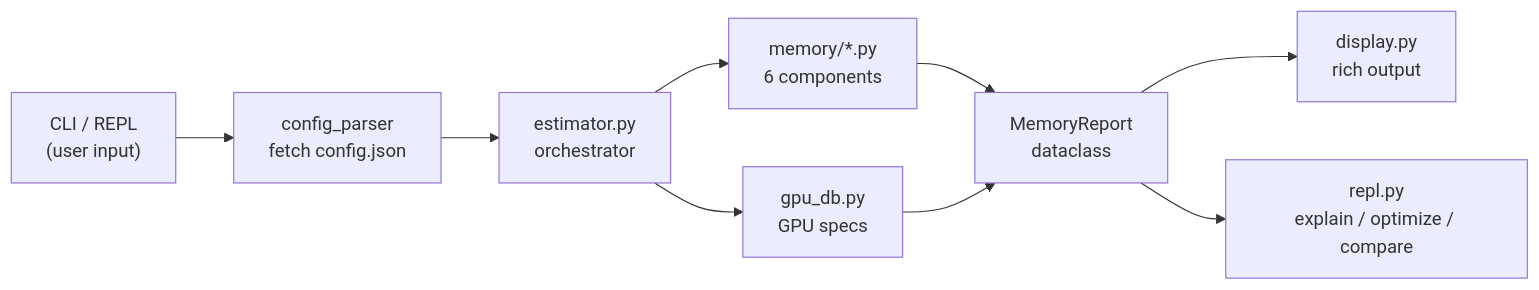
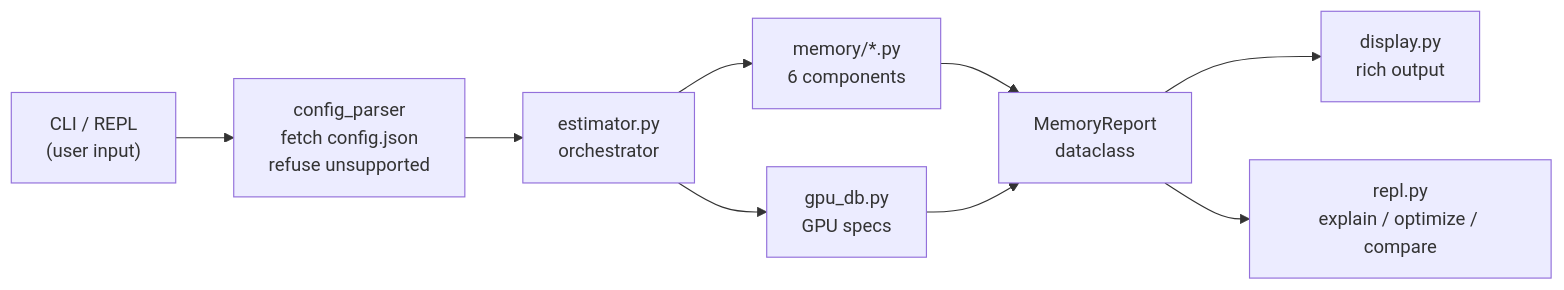
One commit to Anassbzdd/fitcheck changed the diagram in docs/SPEC.md. Above: the diagram before and after it, drawn with Mermaid. The commit also changed other lines of this file and 8 other files, not shown here.

````diff
--- a/docs/SPEC.md
+++ b/docs/SPEC.md
@@ -491,11 +491,11 @@
 ```mermaid
 graph LR
-    A["CLI / REPL<br/>(user input)"] --> B["config_parser<br/>fetch config.json"]
+    A["CLI / REPL<br/>(user input)"] --> B["config_parser<br/>fetch config.json<br/>refuse unsupported"]
     B --> C["estimator.py<br/>orchestrator"]
     C --> D["memory/*.py<br/>6 components"]
     C --> E["gpu_db.py<br/>GPU specs"]
     D --> F["MemoryReport<br/>dataclass"]
     E --> F
     F --> G["display.py<br/>rich output"]
     F --> H["repl.py<br/>explain / optimize / compare"]
 ```
````
